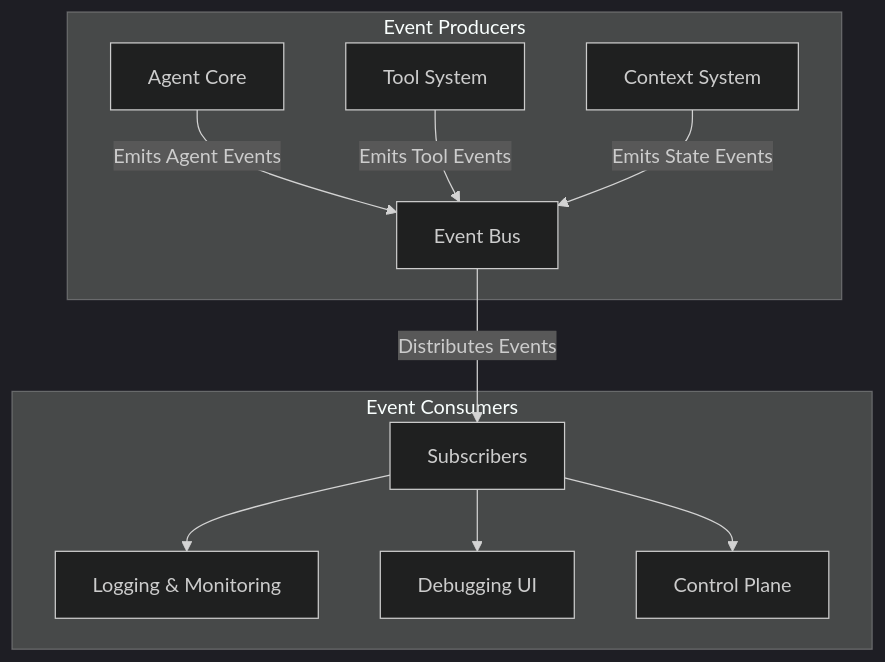
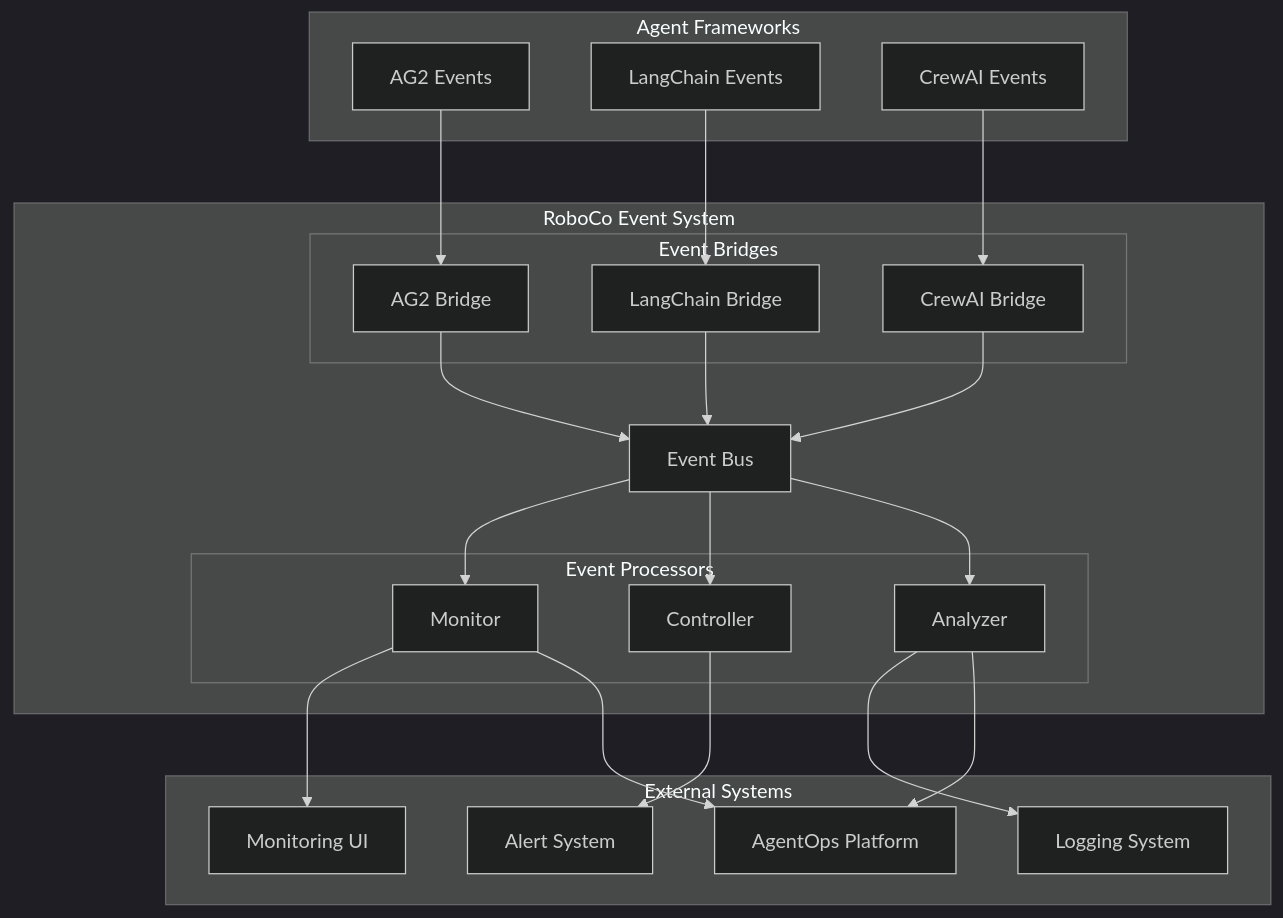
The diagram in docs/event-system.md (dustland/roboco), drawn with Mermaid (dark theme) before and after one commit. The commit also changed other lines of this file and 172 other files, not shown here.

````diff
--- a/docs/event-system.md
+++ b/docs/event-system.md
@@ -11,16 +27,47 @@
 ```mermaid
-graph TD
-    subgraph Event Producers
-        A[Agent Core] -->|Emits Agent Events| EB
-        T[Tool System] -->|Emits Tool Events| EB
-        C[Context System] -->|Emits State Events| EB
+graph TB
+    subgraph "Agent Frameworks"
+        AG2[AG2 Events]
+        LC[LangChain Events]
+        CC[CrewAI Events]
     end
 
-    EB[Event Bus] -->|Distributes Events| S[Subscribers]
+    subgraph "RoboCo Event System"
+        EB[Event Bus]
+        subgraph "Event Bridges"
+            AG2B[AG2 Bridge]
+            LCB[LangChain Bridge]
+            CCB[CrewAI Bridge]
+        end
+        subgraph "Event Processors"
+            MON[Monitor]
+            CTRL[Controller]
+            ANAL[Analyzer]
+        end
+    end
 
-    subgraph Event Consumers
-        S --> L[Logging & Monitoring]
-        S --> D[Debugging UI]
-        S --> C2[Control Plane]
+    subgraph "External Systems"
+        UI[Monitoring UI]
+        LOG[Logging System]
+        ALERT[Alert System]
+        AGENTOPS[AgentOps Platform]
     end
+
+    AG2 --> AG2B
+    LC --> LCB
+    CC --> CCB
+
+    AG2B --> EB
+    LCB --> EB
+    CCB --> EB
+
+    EB --> MON
+    EB --> CTRL
+    EB --> ANAL
+
+    MON --> UI
+    MON --> AGENTOPS
+    ANAL --> LOG
+    ANAL --> AGENTOPS
+    CTRL --> ALERT
 ```
````
